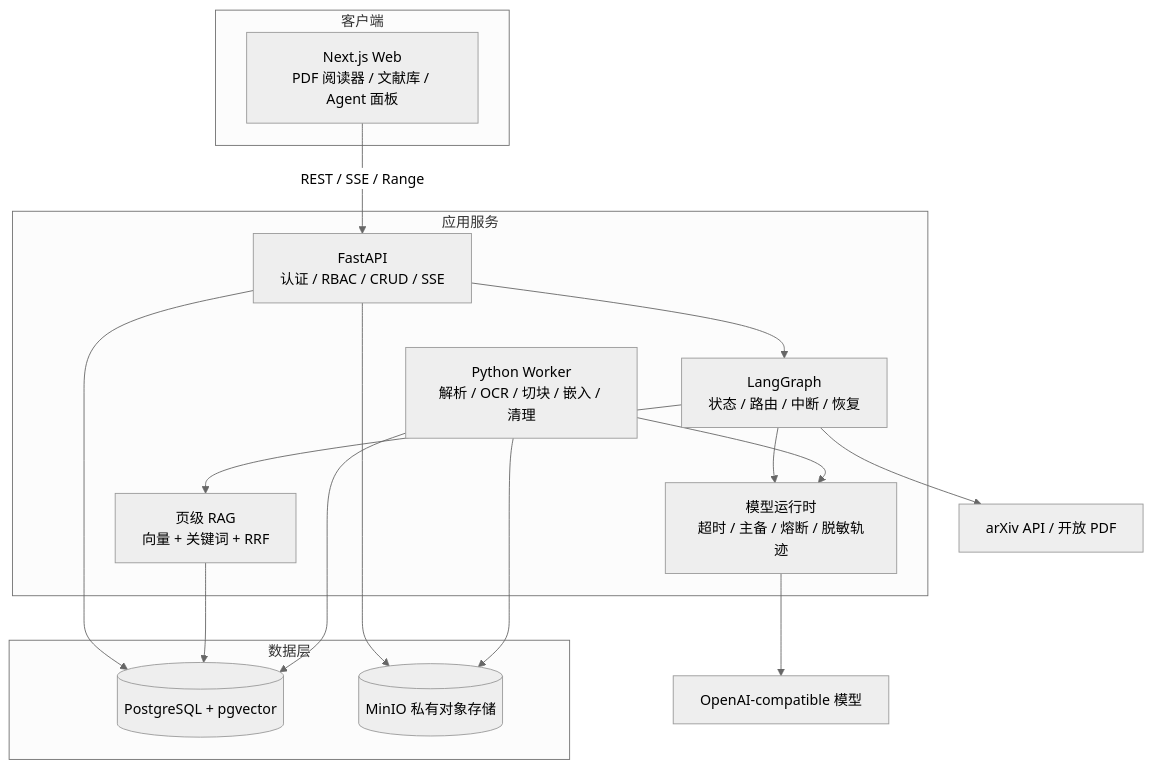
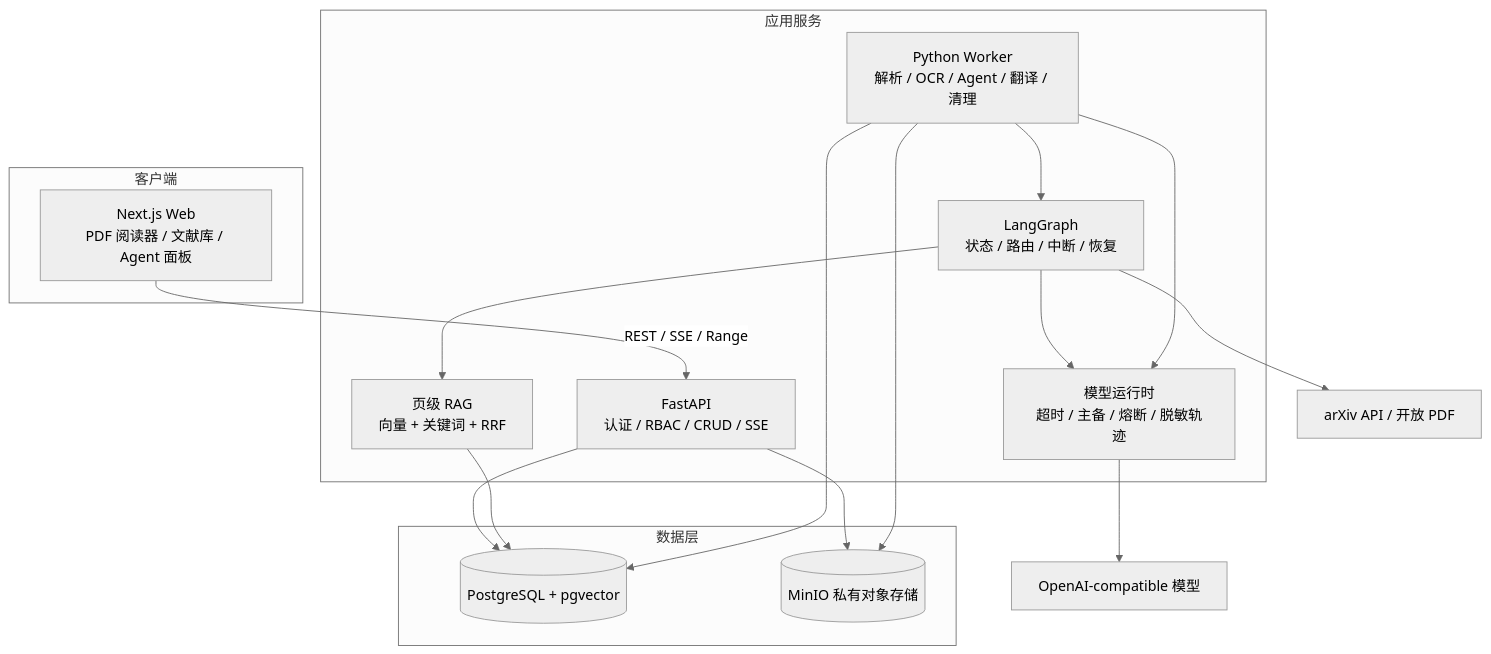
One commit to FrostWane/PaperLeaf changed the first of 4 diagrams in docs/architecture.md. Above: the diagram before and after it, drawn with Mermaid (neutral theme). The commit also changed other lines of this file and 37 other files, not shown here.

````diff
--- a/docs/architecture.md
+++ b/docs/architecture.md
@@ -9,32 +9,32 @@
 ```mermaid
 flowchart TB
     subgraph Client["客户端"]
         Web["Next.js Web\nPDF 阅读器 / 文献库 / Agent 面板"]
     end
     subgraph Services["应用服务"]
         API["FastAPI\n认证 / RBAC / CRUD / SSE"]
-        Worker["Python Worker\n解析 / OCR / 切块 / 嵌入 / 清理"]
+        Worker["Python Worker\n解析 / OCR / Agent / 翻译 / 清理"]
         Graph["LangGraph\n状态 / 路由 / 中断 / 恢复"]
         RAG["页级 RAG\n向量 + 关键词 + RRF"]
         Runtime["模型运行时\n超时 / 主备 / 熔断 / 脱敏轨迹"]
     end
     subgraph Data["数据层"]
         DB[("PostgreSQL + pgvector")]
         Store[("MinIO 私有对象存储")]
     end
     Model["OpenAI-compatible 模型"]
     Arxiv["arXiv API / 开放 PDF"]
 
     Web -->|"REST / SSE / Range"| API
     API --> DB
     API --> Store
-    API --> Graph
+    Worker --> Graph
     Graph --> RAG
     Graph --> Arxiv
     Graph --> Runtime
     Runtime --> Model
     RAG --> DB
     Worker --> DB
     Worker --> Store
     Worker --> Runtime
 ```
````
